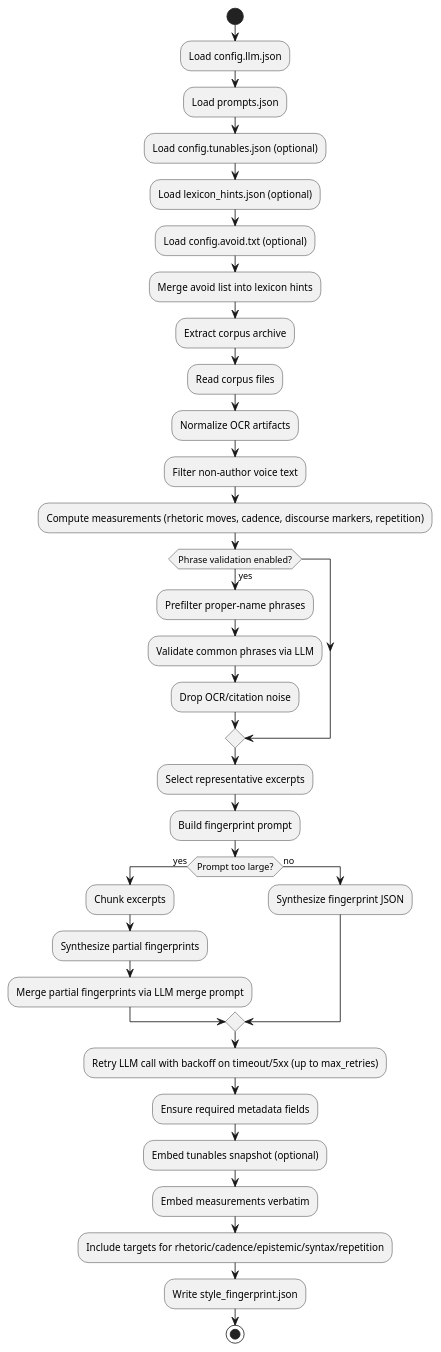
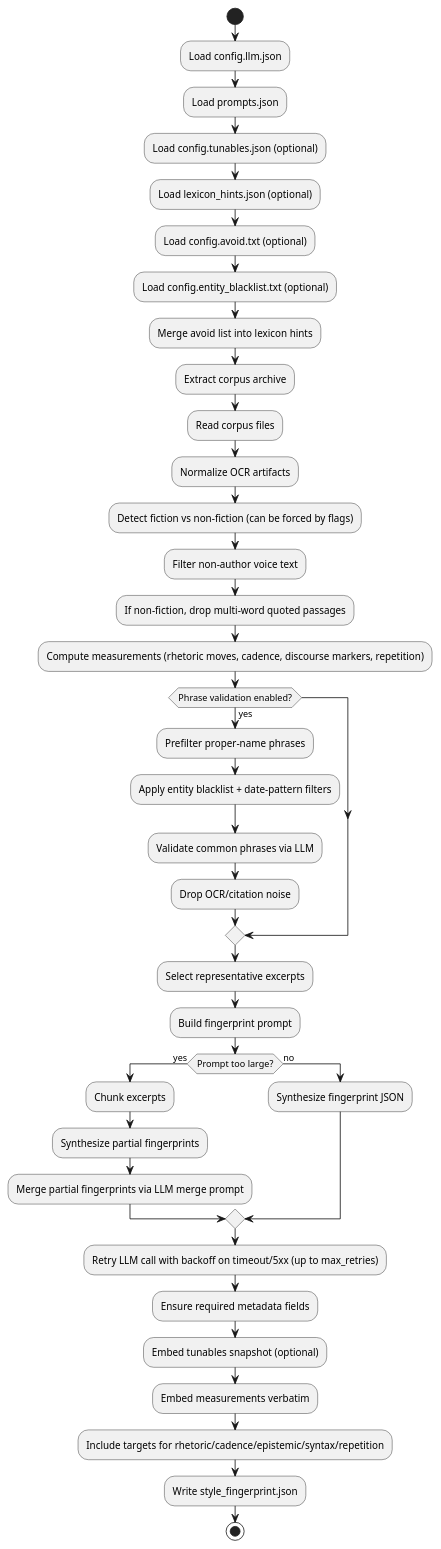
One commit to ngpepin/stylometric-transfer changed the second of 3 diagrams in UML-Fingerprint.md. Above: the diagram before and after it, drawn with PlantUML. The commit also changed other lines of this file and 4 other files, not shown here.

````diff
--- a/UML-Fingerprint.md
+++ b/UML-Fingerprint.md
@@ -81,43 +84,47 @@
 ```plantuml
 @startuml
 start
 :Load config.llm.json;
 :Load prompts.json;
 :Load config.tunables.json (optional);
 :Load lexicon_hints.json (optional);
 :Load config.avoid.txt (optional);
+:Load config.entity_blacklist.txt (optional);
 :Merge avoid list into lexicon hints;
 
 :Extract corpus archive;
 :Read corpus files;
 :Normalize OCR artifacts;
+:Detect fiction vs non-fiction (can be forced by flags);
 :Filter non-author voice text;
+:If non-fiction, drop multi-word quoted passages;
 :Compute measurements (rhetoric moves, cadence, discourse markers, repetition);
 
 if (Phrase validation enabled?) then (yes)
   :Prefilter proper-name phrases;
+  :Apply entity blacklist + date-pattern filters;
   :Validate common phrases via LLM;
   :Drop OCR/citation noise;
 endif
 
 :Select representative excerpts;
 :Build fingerprint prompt;
 
 if (Prompt too large?) then (yes)
   :Chunk excerpts;
   :Synthesize partial fingerprints;
   :Merge partial fingerprints via LLM merge prompt;
 else (no)
   :Synthesize fingerprint JSON;
 endif
 
 :Retry LLM call with backoff on timeout/5xx (up to max_retries);
 
 :Ensure required metadata fields;
 :Embed tunables snapshot (optional);
 :Embed measurements verbatim;
 :Include targets for rhetoric/cadence/epistemic/syntax/repetition;
 :Write style_fingerprint.json;
 stop
 @enduml
 ```
````
